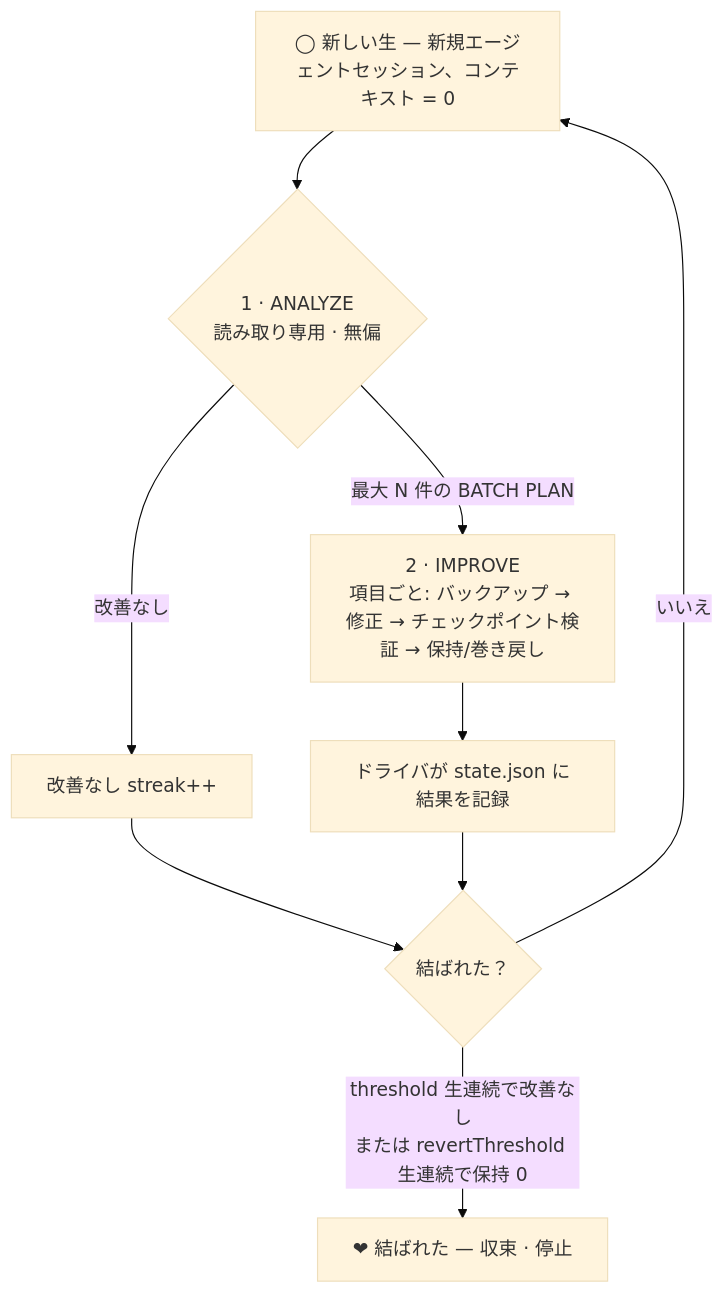
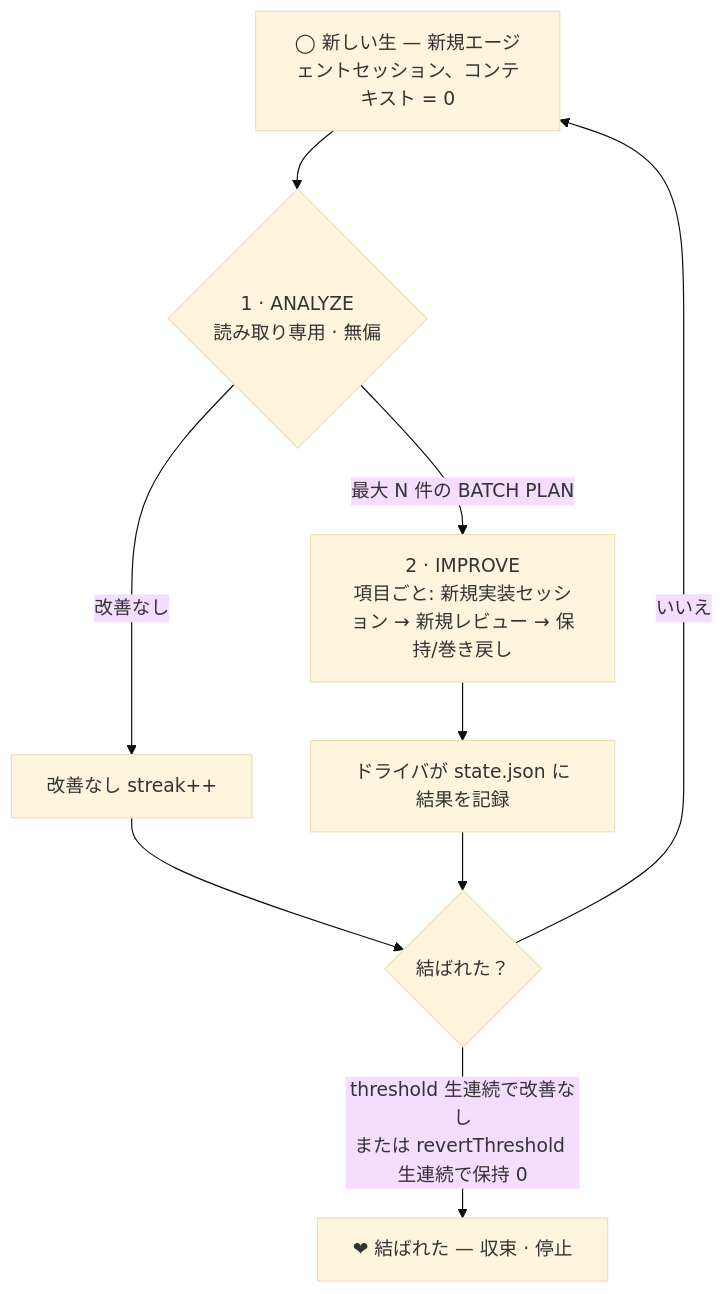
One commit to owjs3901/retry-now changed the diagram in README_ja.md. Above: the diagram before and after it, drawn with Mermaid (base theme). The commit also changed other lines of this file and 44 other files, not shown here.

````diff
--- a/README_ja.md
+++ b/README_ja.md
@@ -55,11 +55,11 @@
 ```mermaid
 flowchart TD
     A["◯ 新しい生 — 新規エージェントセッション、コンテキスト = 0"] --> B{"1 · ANALYZE<br/>読み取り専用 · 無偏"}
     B -->|"改善なし"| C["改善なし streak++"]
-    B -->|"最大 N 件の BATCH PLAN"| D["2 · IMPROVE<br/>項目ごと: バックアップ → 修正 → チェックポイント検証 → 保持/巻き戻し"]
+    B -->|"最大 N 件の BATCH PLAN"| D["2 · IMPROVE<br/>項目ごと: 新規実装セッション → 新規レビュー → 保持/巻き戻し"]
     D --> E["ドライバが state.json に結果を記録"]
     C --> F{"結ばれた？"}
     E --> F
     F -->|"いいえ"| A
     F -->|"threshold 生連続で改善なし<br/>または revertThreshold 生連続で保持 0"| G["❤ 結ばれた — 収束 · 停止"]
 ```
````
